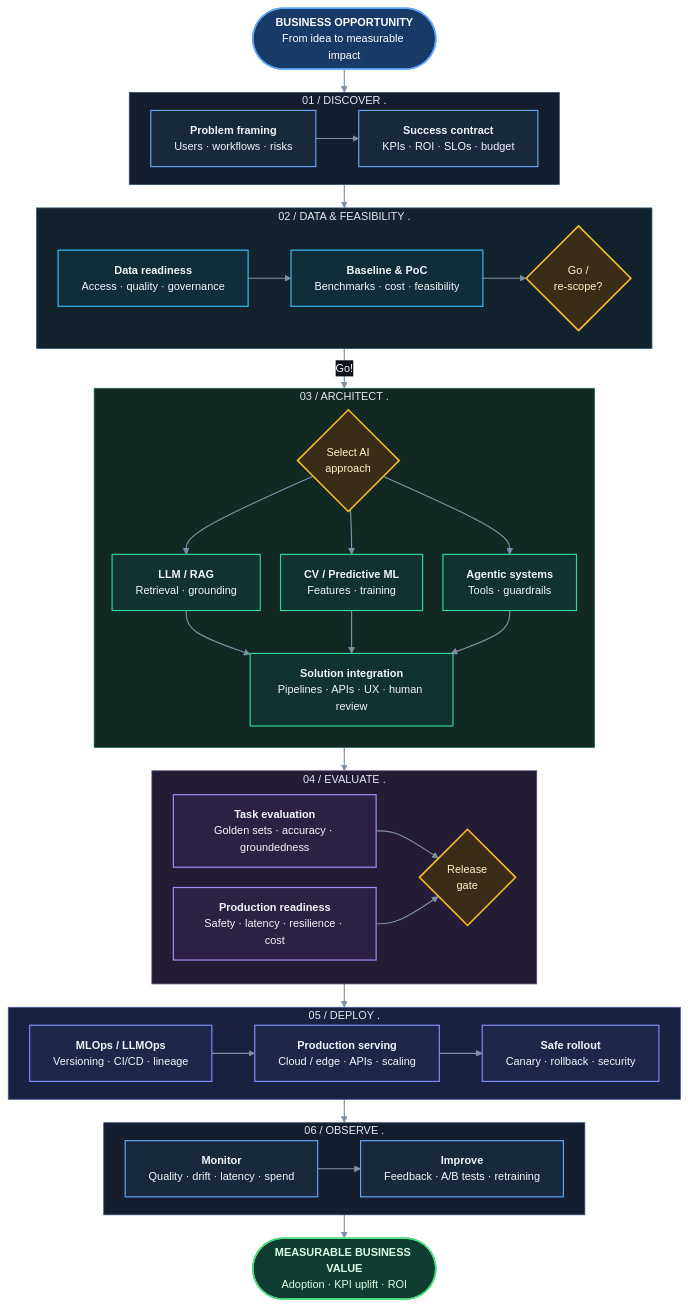
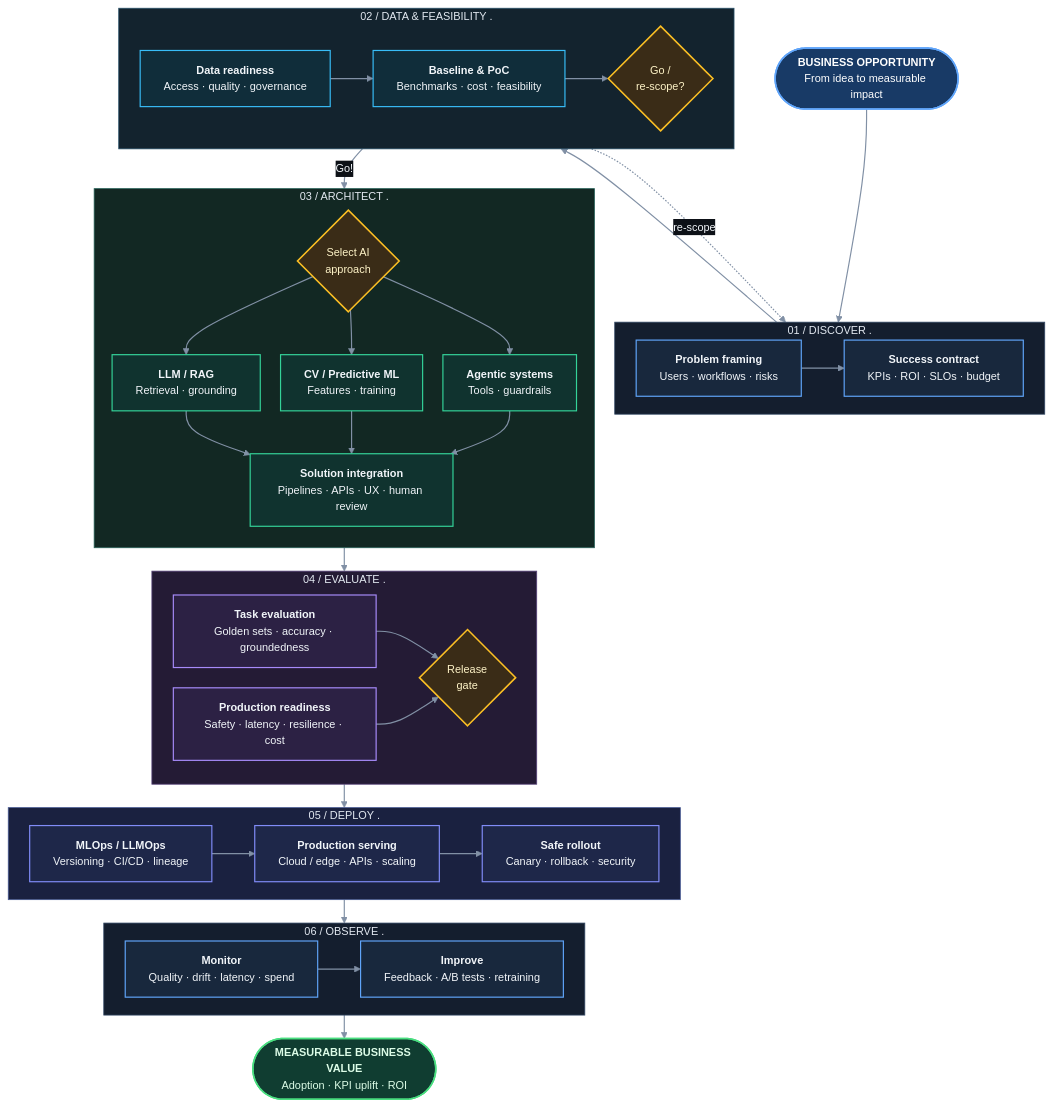
Before and after one commit to Daniil-Horobets/Daniil-Horobets: the diagram in README.md, drawn with Mermaid.

````diff
--- a/README.md
+++ b/README.md
@@ -91,77 +91,78 @@
 ```mermaid
 %%{init: {"theme":"base","themeVariables":{"background":"#0D1117","primaryColor":"#111827","primaryTextColor":"#F1F5F9","primaryBorderColor":"#334155","lineColor":"#8291A7","clusterBkg":"#151D2B","clusterBorder":"#344256","textColor":"#F1F5F9","edgeLabelBackground":"#0D1117","fontFamily":"Inter, Segoe UI, Arial, sans-serif","fontSize":"14px"},"flowchart":{"curve":"basis","nodeSpacing":26,"rankSpacing":30,"htmlLabels":true}}}%%
 flowchart TB
     START(["<b>BUSINESS OPPORTUNITY</b><br/>From idea to measurable impact"]):::hero
 
     subgraph S1["01  /  DISCOVER         ."]
         direction LR
         A["<b>Problem framing</b><br/>Users · workflows · risks"]:::blue
         B["<b>Success contract</b><br/>KPIs · ROI · SLOs · budget"]:::blue
         A --> B
     end
 
     subgraph S2["02  /  DATA & FEASIBILITY         ."]
         direction LR
         C["<b>Data readiness</b><br/>Access · quality · governance"]:::cyan
         D["<b>Baseline & PoC</b><br/>Benchmarks · cost · feasibility"]:::cyan
         E{"Go /<br/>re-scope?"}:::decision
         C --> D --> E
     end
 
     subgraph S3["03  /  ARCHITECT         ."]
         direction TB
         F{"Select AI<br/>approach"}:::decision
         G["<b>LLM / RAG</b><br/>Retrieval · grounding"]:::teal
         H["<b>CV / Predictive ML</b><br/>Features · training"]:::teal
         I["<b>Agentic systems</b><br/>Tools · guardrails"]:::teal
         J["<b>Solution integration</b><br/>Pipelines · APIs · UX · human review"]:::teal
         F --> G & H & I
         G & H & I --> J
     end
 
     subgraph S4["04  /  EVALUATE         ."]
         direction LR
         K["<b>Task evaluation</b><br/>Golden sets · accuracy · groundedness"]:::violet
         L["<b>Production readiness</b><br/>Safety · latency · resilience · cost"]:::violet
         M{"Release<br/>gate"}:::decision
         K --> M
         L --> M
     end
 
     subgraph S5["05  /  DEPLOY         ."]
         direction LR
         N["<b>MLOps / LLMOps</b><br/>Versioning · CI/CD · lineage"]:::indigo
         O["<b>Production serving</b><br/>Cloud / edge · APIs · scaling"]:::indigo
         P["<b>Safe rollout</b><br/>Canary · rollback · security"]:::indigo
         N --> O --> P
     end
 
     subgraph S6["06  /  OBSERVE         ."]
         direction LR
         Q["<b>Monitor</b><br/>Quality · drift · latency · spend"]:::blue
         R["<b>Improve</b><br/>Feedback · A/B tests · retraining"]:::blue
         Q --> R
     end
 
     RESULT(["<b>MEASURABLE BUSINESS VALUE</b><br/>Adoption · KPI uplift · ROI"]):::success
 
     START --> S1 --> S2 -->|Go!| S3 --> S4 --> S5 --> S6 --> RESULT
+    S2 -.->|re-scope| S1
 
     classDef hero fill:#183A66,stroke:#60A5FA,color:#FFFFFF,stroke-width:2px;
     classDef blue fill:#18283D,stroke:#60A5FA,color:#F1F5F9,stroke-width:1.5px;
     classDef cyan fill:#102D3A,stroke:#38BDF8,color:#F1F5F9,stroke-width:1.5px;
     classDef teal fill:#10332F,stroke:#34D399,color:#F1F5F9,stroke-width:1.5px;
     classDef violet fill:#2C2144,stroke:#A78BFA,color:#F1F5F9,stroke-width:1.5px;
     classDef indigo fill:#1E2749,stroke:#818CF8,color:#F1F5F9,stroke-width:1.5px;
     classDef decision fill:#3A2C17,stroke:#FBBF24,color:#FEF3C7,stroke-width:2px;
     classDef success fill:#103D31,stroke:#4ADE80,color:#DCFCE7,stroke-width:2px;
 
     style S1 fill:#141E2E,stroke:#334965,stroke-width:1px,color:#E2E8F0
     style S2 fill:#13232E,stroke:#285169,stroke-width:1px,color:#E2E8F0
     style S3 fill:#122823,stroke:#276258,stroke-width:1px,color:#E2E8F0
     style S4 fill:#241B35,stroke:#564279,stroke-width:1px,color:#E2E8F0
     style S5 fill:#1A2140,stroke:#485A93,stroke-width:1px,color:#E2E8F0
     style S6 fill:#141E2E,stroke:#334965,stroke-width:1px,color:#E2E8F0
 
     linkStyle default stroke:#8190A5,stroke-width:1.5px;
 ```
````
